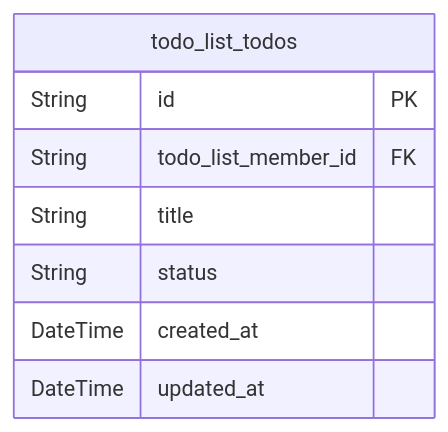
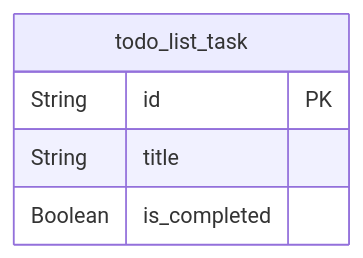
One commit to wrtnlabs/autobe-example-todo-qwen-qwen3-next-80b-a3b-instruct changed the diagram in docs/ERD.md. Above: the diagram before and after it, drawn with Mermaid. The commit also changed other lines of this file and 129 other files, not shown here.

````diff
--- a/docs/ERD.md
+++ b/docs/ERD.md
@@ -66,11 +9,8 @@
 ```mermaid
 erDiagram
-"todo_list_todos" {
+"todo_list_task" {
   String id PK
-  String todo_list_member_id FK
   String title
-  String status
-  DateTime created_at
-  DateTime updated_at
+  Boolean is_completed
 }
 ```
````
